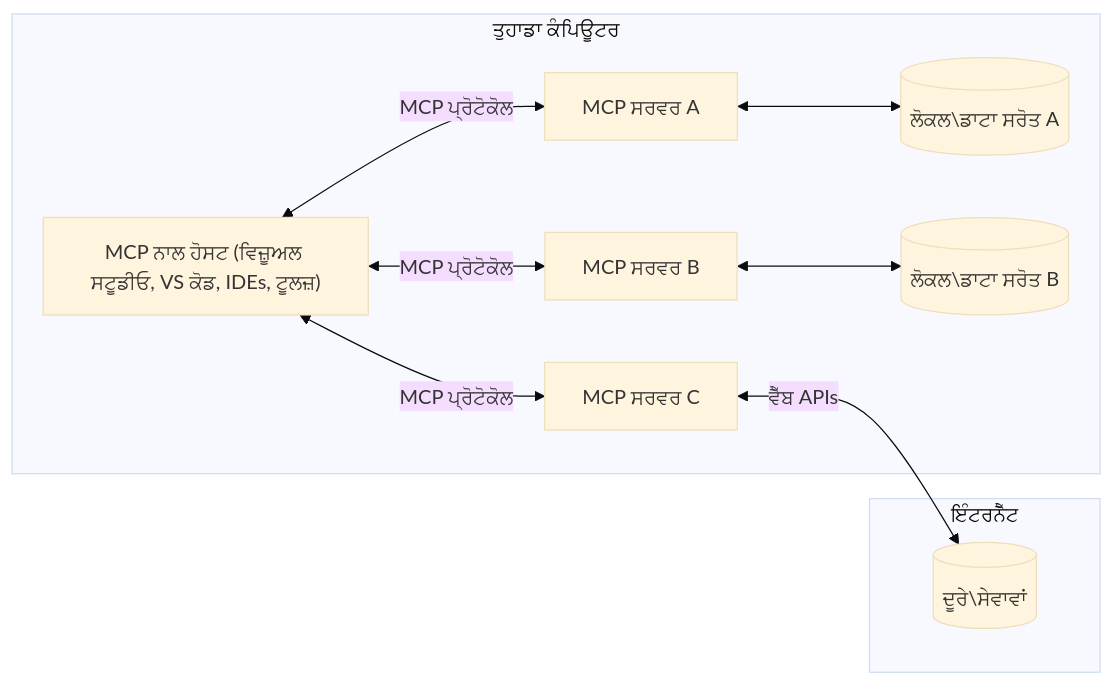
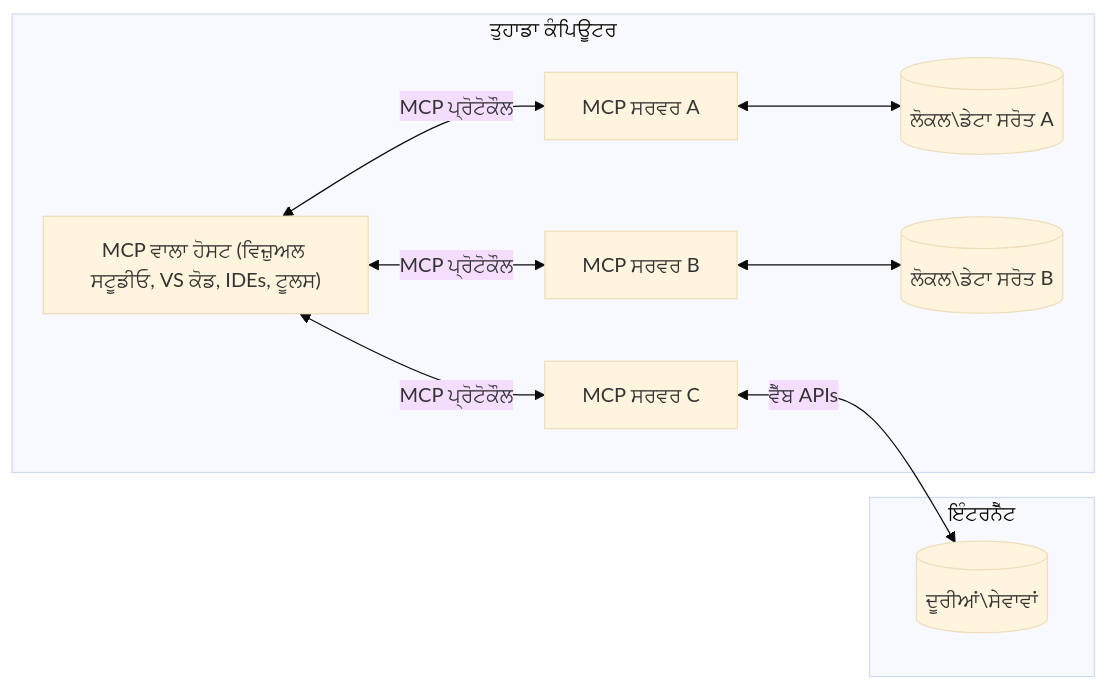
The diagram in translations/pa/01-CoreConcepts/README.md (Mu-L/mcp-for-beginners), drawn with Mermaid (base theme) before and after one commit. The commit also changed other lines of this file and 110 other files, not shown here.

````diff
--- a/translations/pa/01-CoreConcepts/README.md
+++ b/translations/pa/01-CoreConcepts/README.md
@@ -45,17 +45,17 @@
 ```mermaid
 flowchart LR
     subgraph "ਤੁਹਾਡਾ ਕੰਪਿਊਟਰ"
-        Host["MCP ਨਾਲ ਹੋਸਟ (ਵਿਜ਼ੂਅਲ ਸਟੂਡੀਓ, VS ਕੋਡ, IDEs, ਟੂਲਜ਼)"]
+        Host["MCP ਵਾਲਾ ਹੋਸਟ (ਵਿਜ਼ੁਅਲ ਸਟੂਡੀਓ, VS ਕੋਡ, IDEs, ਟੂਲਸ)"]
         S1["MCP ਸਰਵਰ A"]
         S2["MCP ਸਰਵਰ B"]
         S3["MCP ਸਰਵਰ C"]
-        Host <-->|"MCP ਪ੍ਰੋਟੋਕੋਲ"| S1
-        Host <-->|"MCP ਪ੍ਰੋਟੋਕੋਲ"| S2
-        Host <-->|"MCP ਪ੍ਰੋਟੋਕੋਲ"| S3
-        S1 <--> D1[("ਲੋਕਲ\ਡਾਟਾ ਸਰੋਤ A")]
-        S2 <--> D2[("ਲੋਕਲ\ਡਾਟਾ ਸਰੋਤ B")]
+        Host <-->|"MCP ਪ੍ਰੋਟੋਕੌਲ"| S1
+        Host <-->|"MCP ਪ੍ਰੋਟੋਕੌਲ"| S2
+        Host <-->|"MCP ਪ੍ਰੋਟੋਕੌਲ"| S3
+        S1 <--> D1[("ਲੋਕਲ\ਡੇਟਾ ਸਰੋਤ A")]
+        S2 <--> D2[("ਲੋਕਲ\ਡੇਟਾ ਸਰੋਤ B")]
     end
     subgraph "ਇੰਟਰਨੈੱਟ"
-        S3 <-->|"ਵੈੱਬ APIs"| D3[("ਦੂਰੇ\ਸੇਵਾਵਾਂ")]
+        S3 <-->|"ਵੈੱਬ APIs"| D3[("ਦੂਰੀਆਂ\ਸੇਵਾਵਾਂ")]
     end
-```
+```  
````
